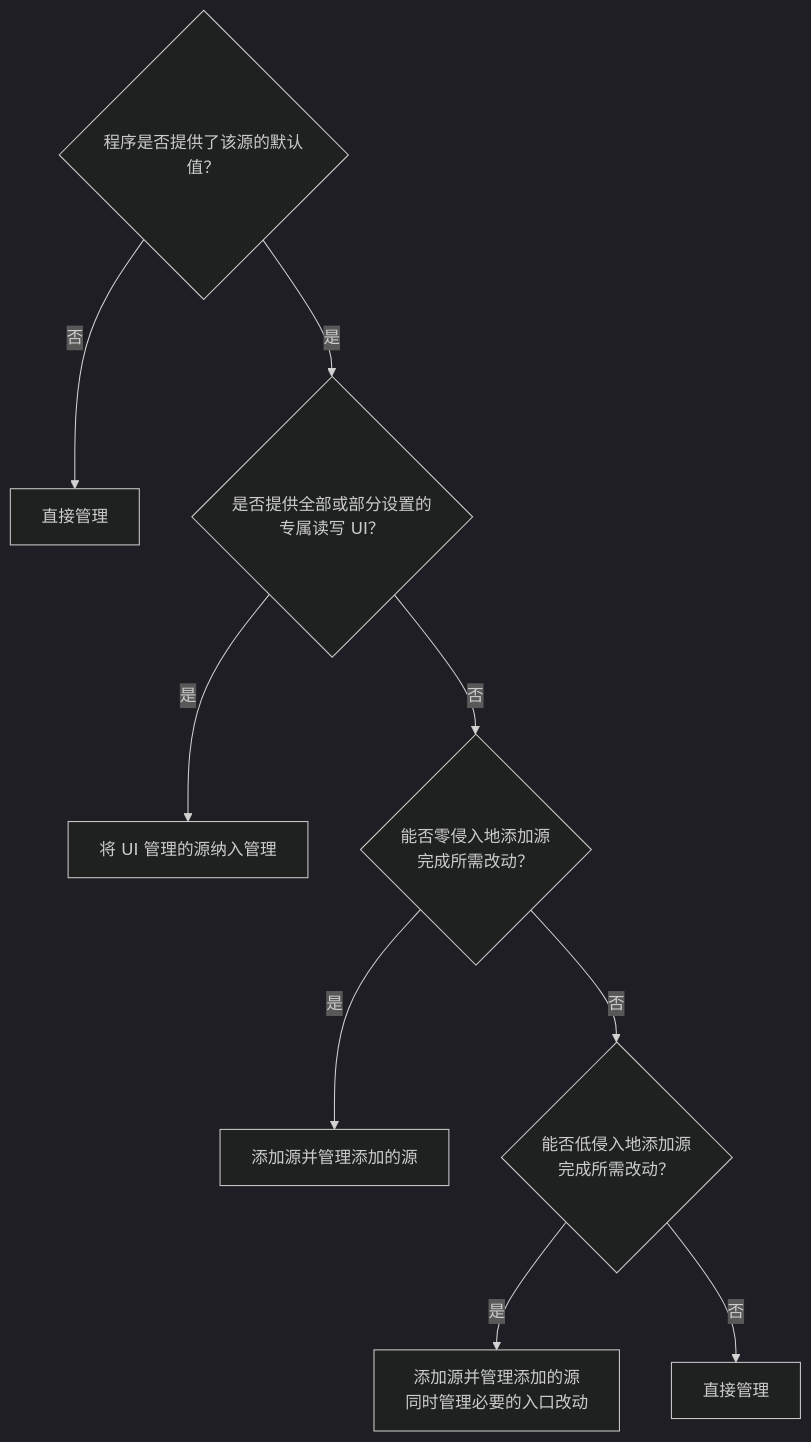
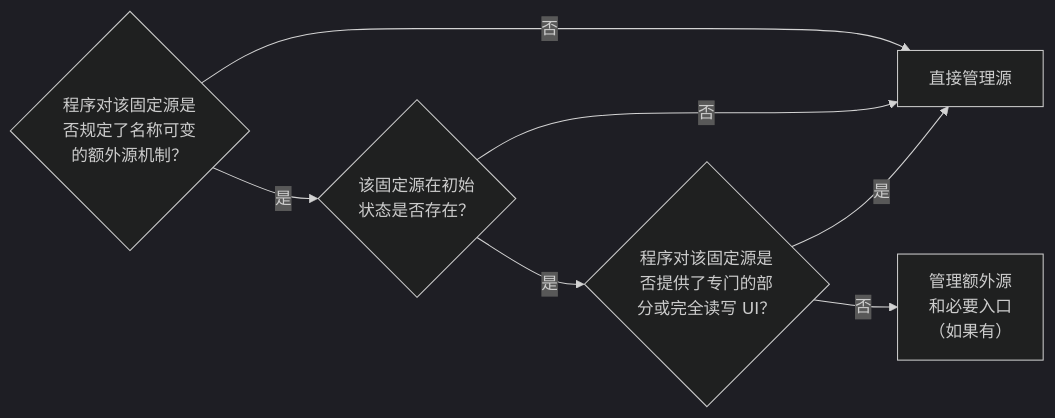
The diagram in README.md (zxzxn3/.cfg-public), drawn with Mermaid (dark theme) before and after one commit. The commit also changed other lines of this file, not shown here.

````diff
--- a/README.md
+++ b/README.md
@@ -46,15 +40,12 @@
-  ```mermaid
-  flowchart TD
-    A{"程序是否提供了该源的默认值？"}
-    A -- 否 --> B["直接管理"]
-    A -- 是 --> C{"是否提供全部或部分设置的<br/>专属读写 UI？"}
+```mermaid
+flowchart LR
+  A{"程序对该固定源是<br/>否规定了名称可变<br/>的额外源机制？"}
+  A -- 否 --> C["直接管理源"]
+  A -- 是 --> B{"该固定源在初始<br/>状态是否存在？"}
 
-    C -- 是 --> D["将 UI 管理的源纳入管理"]
-    C -- 否 --> E{"能否零侵入地添加源<br/>完成所需改动？"}
+  B -- 是 --> E{"程序对该固定源是<br/>否提供了专门的部<br/>分或完全读写 UI？"}
+  B -- 否 --> C
 
-    E -- 是 --> F["添加源并管理添加的源"]
-    E -- 否 --> G{"能否低侵入地添加源<br/>完成所需改动？"}
-
-    G -- 是 --> H["添加源并管理添加的源<br/>同时管理必要的入口改动"]
-    G -- 否 --> I["直接管理"]
-  ```
+  E -- 否 --> G["管理额外源<br/>和必要入口<br/>（如果有）"]
+  E -- 是 --> C
+```
````
